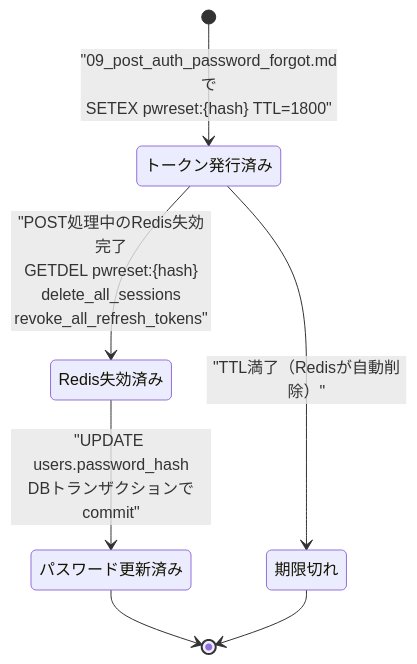
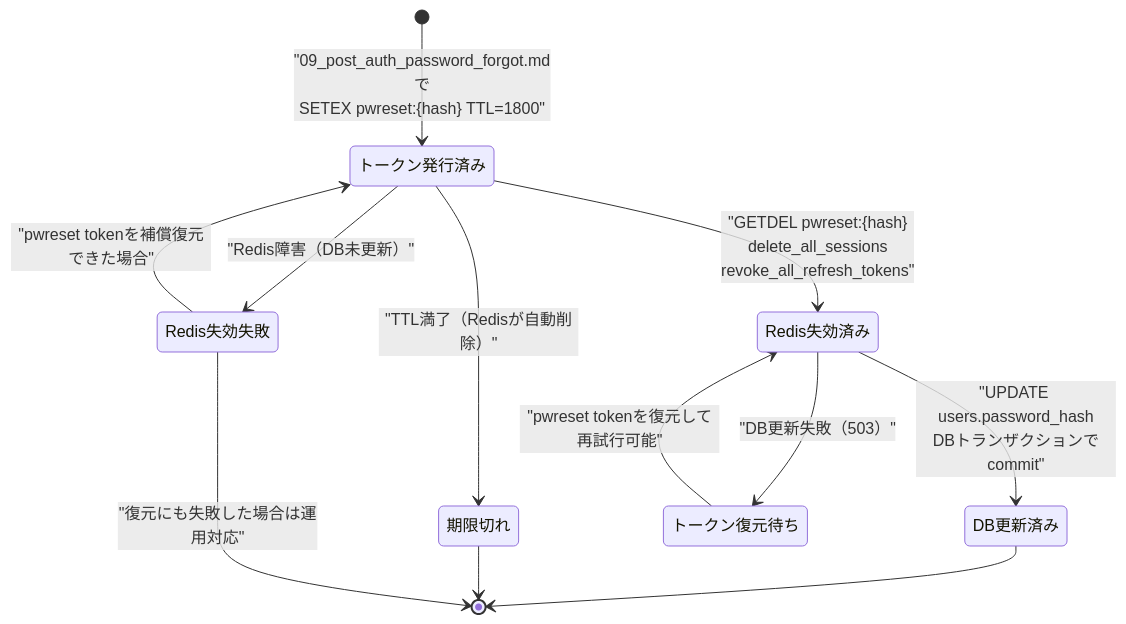
One commit to oikawa-d/task_management changed the fourth of 4 diagrams in docs/detailed_design/api/auth/10_post_auth_password_reset.md. Above: the diagram before and after it, drawn with Mermaid. The commit also changed other lines of this file and 65 other files, not shown here.

````diff
--- a/docs/detailed_design/api/auth/10_post_auth_password_reset.md
+++ b/docs/detailed_design/api/auth/10_post_auth_password_reset.md
@@ -238,9 +256,14 @@
 ```mermaid
 stateDiagram-v2
     [*] --> トークン発行済み: "09_post_auth_password_forgot.mdで<br/>SETEX pwreset:{hash} TTL=1800"
-    トークン発行済み --> Redis失効済み: "POST処理中のRedis失効完了<br/>GETDEL pwreset:{hash}<br/>delete_all_sessions<br/>revoke_all_refresh_tokens"
+    トークン発行済み --> Redis失効済み: "GETDEL pwreset:{hash}<br/>delete_all_sessions<br/>revoke_all_refresh_tokens"
+    トークン発行済み --> Redis失効失敗: "Redis障害（DB未更新）"
+    Redis失効失敗 --> トークン発行済み: "pwreset tokenを補償復元できた場合"
     トークン発行済み --> 期限切れ: "TTL満了（Redisが自動削除）"
-    Redis失効済み --> パスワード更新済み: "UPDATE users.password_hash<br/>DBトランザクションでcommit"
-    パスワード更新済み --> [*]
+    Redis失効済み --> DB更新済み: "UPDATE users.password_hash<br/>DBトランザクションでcommit"
+    Redis失効済み --> トークン復元待ち: "DB更新失敗（503）"
+    トークン復元待ち --> Redis失効済み: "pwreset tokenを復元して再試行可能"
+    DB更新済み --> [*]
     期限切れ --> [*]
+    Redis失効失敗 --> [*]: "復元にも失敗した場合は運用対応"
 ```
````
